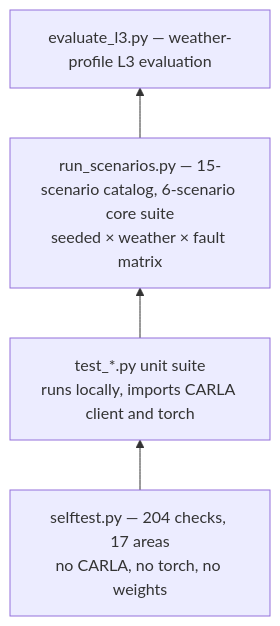
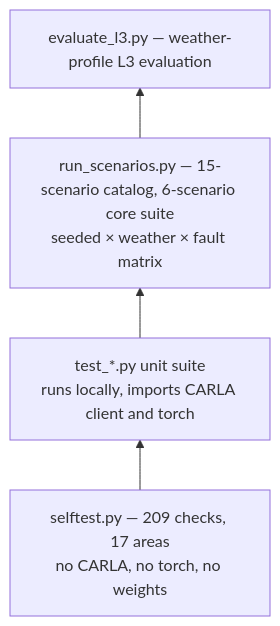
One commit to nhatduongchess-cloud/carla-adas-active-safety-project changed the seventh of 8 diagrams in docs/ARCHITECTURE.md. Above: the diagram before and after it, drawn with Mermaid. The commit also changed other lines of this file and 24 other files, not shown here.

````diff
--- a/docs/ARCHITECTURE.md
+++ b/docs/ARCHITECTURE.md
@@ -635,8 +723,8 @@
 ```mermaid
 flowchart BT
-    A["selftest.py — 204 checks, 17 areas<br/>no CARLA, no torch, no weights"]
+    A["selftest.py — 209 checks, 17 areas<br/>no CARLA, no torch, no weights"]
     B["test_*.py unit suite<br/>runs locally, imports CARLA client and torch"]
     C["run_scenarios.py — 15-scenario catalog, 6-scenario core suite<br/>seeded × weather × fault matrix"]
     D["evaluate_l3.py — weather-profile L3 evaluation"]
     A --> B --> C --> D
 ```
````
